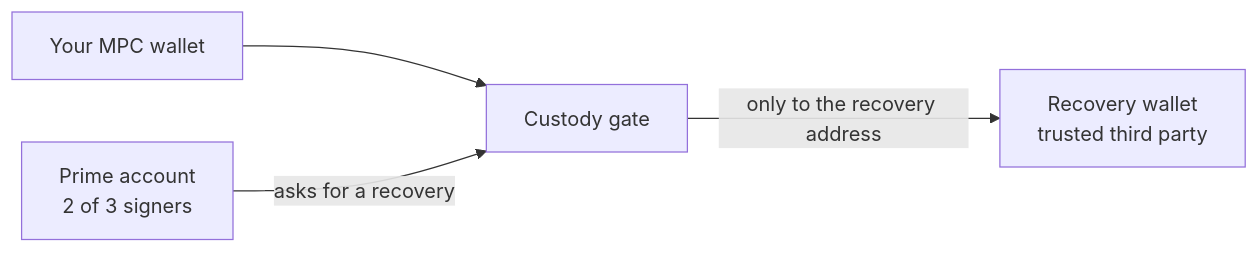
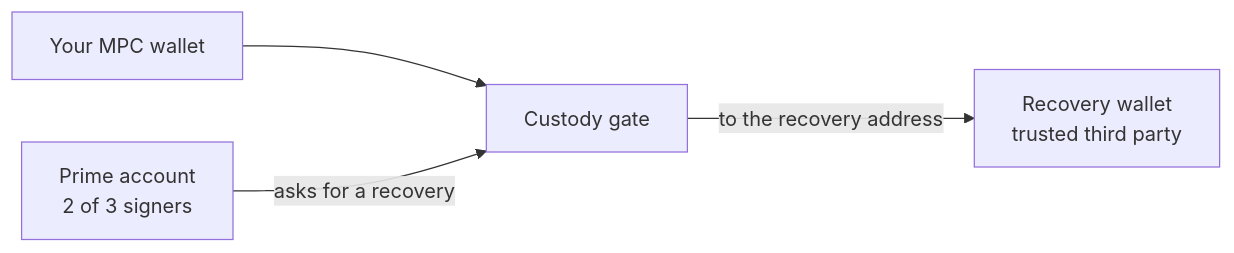
Before and after one commit to untangledfinance/oz-policy-builder: the third of 3 diagrams in docs/architecture.md, drawn with Mermaid. The commit also changed other lines of this file and 8 other files, not shown here.

````diff
--- a/docs/architecture.md
+++ b/docs/architecture.md
@@ -93,6 +95,6 @@
 ```mermaid
 flowchart LR
     MPC["Your MPC wallet"] --> GATE["Custody gate"]
     PRIME["Prime account<br/>2 of 3 signers"] -->|"asks for a recovery"| GATE
-    GATE -->|"only to the recovery address"| REC["Recovery wallet<br/>trusted third party"]
+    GATE -->|"to the recovery address"| REC["Recovery wallet<br/>trusted third party"]
 ```
````
